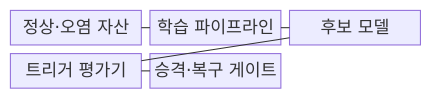
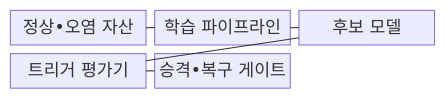
Before and after one commit to agnusdei1207/knowledge-base: the first of 2 diagrams in src/content/docs/notes/05-security/085_backdoor_attack.md, drawn with Mermaid. The commit also changed other lines of this file and 953 other files, not shown here.

````diff
--- a/src/content/docs/notes/05-security/085_backdoor_attack.md
+++ b/src/content/docs/notes/05-security/085_backdoor_attack.md
@@ -63,13 +63,13 @@
 ```mermaid
 block-beta
   columns 3
-  A["정상·오염 자산"]
+  A["정상•오염 자산"]
   B["학습 파이프라인"]
   C["후보 모델"]
   D["트리거 평가기"]
-  E["승격·복구 게이트"]
+  E["승격•복구 게이트"]
   A --- B
   B --- C
   C --- D
   D --- E
 ```
````
